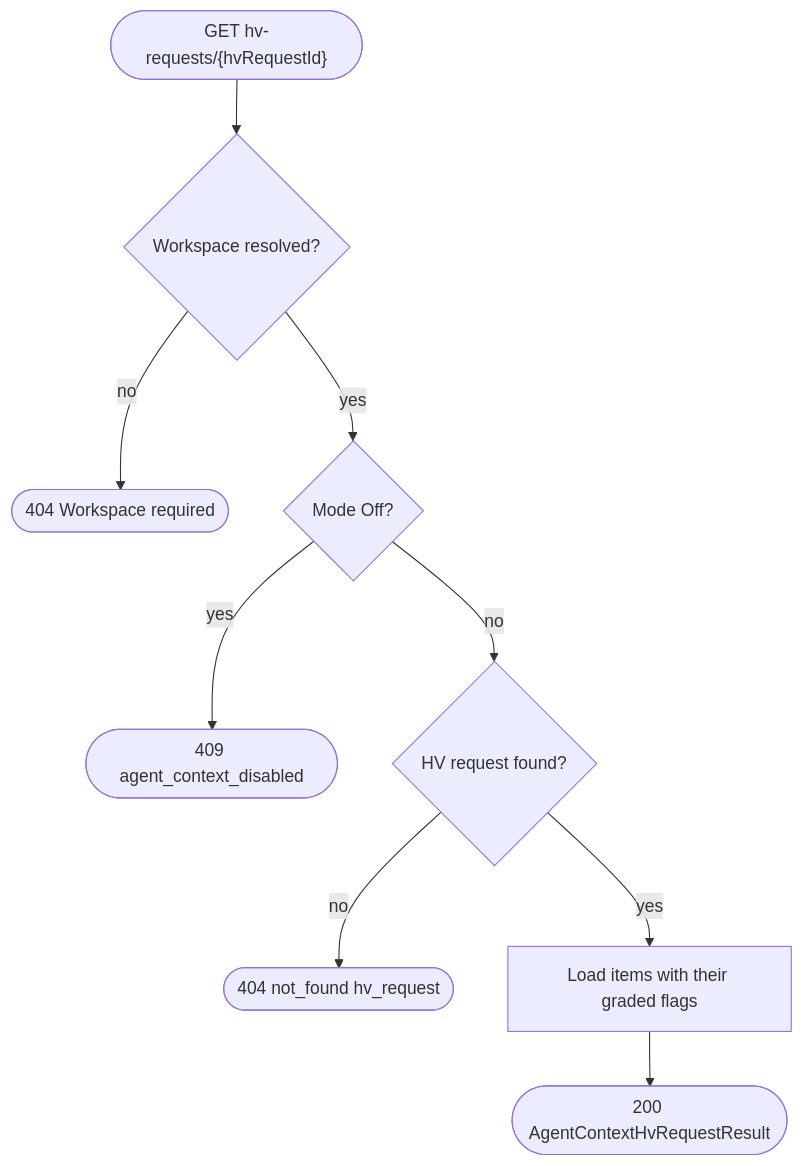
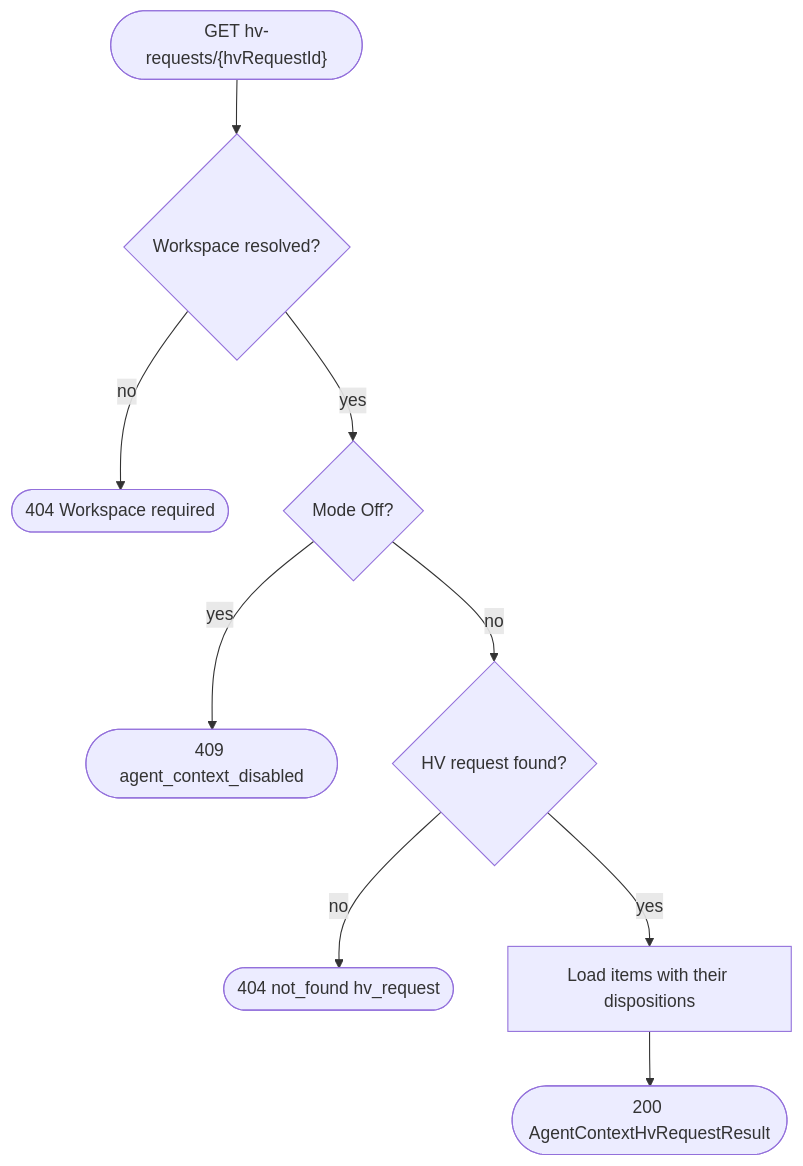
One commit to sharpninja/McpServer changed diagram 24 of 59 in docs/Stateless-Agent-Context-Management.md. Above: the diagram before and after it, drawn with Mermaid. The commit also changed other lines of this file and 2 other files, not shown here.

````diff
--- a/docs/Stateless-Agent-Context-Management.md
+++ b/docs/Stateless-Agent-Context-Management.md
@@ -878,11 +889,11 @@
 ```mermaid
 flowchart TD
     S(["GET hv-requests/{hvRequestId}"]) --> W{"Workspace resolved?"}
     W -->|no| E0(["404 Workspace required"])
     W -->|yes| MO{"Mode Off?"}
     MO -->|yes| E1(["409 agent_context_disabled"])
     MO -->|no| F{"HV request found?"}
     F -->|no| E2(["404 not_found hv_request"])
-    F -->|yes| L["Load items with their graded flags"]
+    F -->|yes| L["Load items with their dispositions"]
     L --> R(["200 AgentContextHvRequestResult"])
 ```
````
